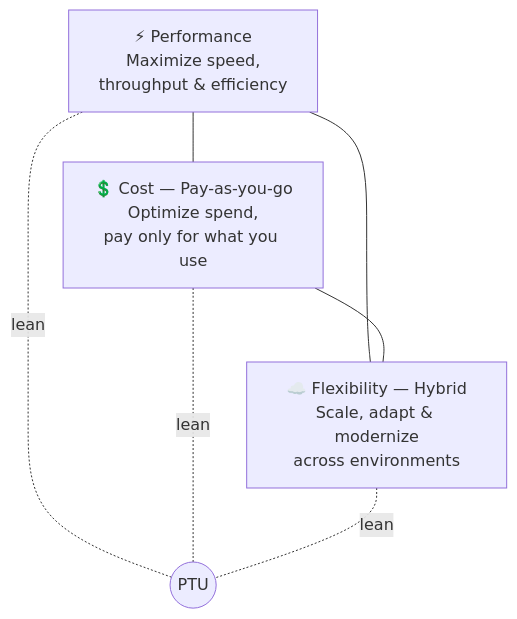
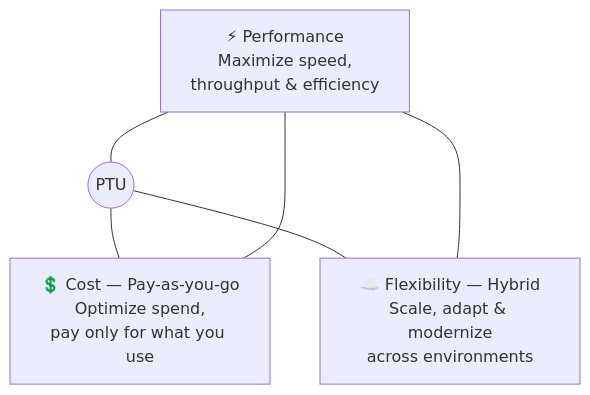
The diagram in README.md (lindazhang2000/azure-openai-ptu-sizing-tool), drawn with Mermaid before and after one commit.

Commit message:
Lay out decision triangle with PTU at the centroid
Drop the C---F base edge (which forced Flexibility into a lower rank and made the diagram a vertical stack). Now Performance is the apex, Cost and Flexibility are the two base corners via P---C / P---F sides, and PTU is the central hub connected to all three - so it reads as a triangle with PTU in the middle.

````diff
--- a/README.md
+++ b/README.md
@@ -13,15 +13,12 @@
 ```mermaid
 graph TD
     P["⚡ Performance<br/>Maximize speed,<br/>throughput &amp; efficiency"]
     PTU(("PTU"))
     C["💲 Cost — Pay-as-you-go<br/>Optimize spend,<br/>pay only for what you use"]
     F["☁️ Flexibility — Hybrid<br/>Scale, adapt &amp; modernize<br/>across environments"]
-
+    P --- PTU
+    PTU --- C
+    PTU --- F
     P --- C
     P --- F
-    C --- F
-
-    P -. lean .- PTU
-    C -. lean .- PTU
-    F -. lean .- PTU
 ```
````
